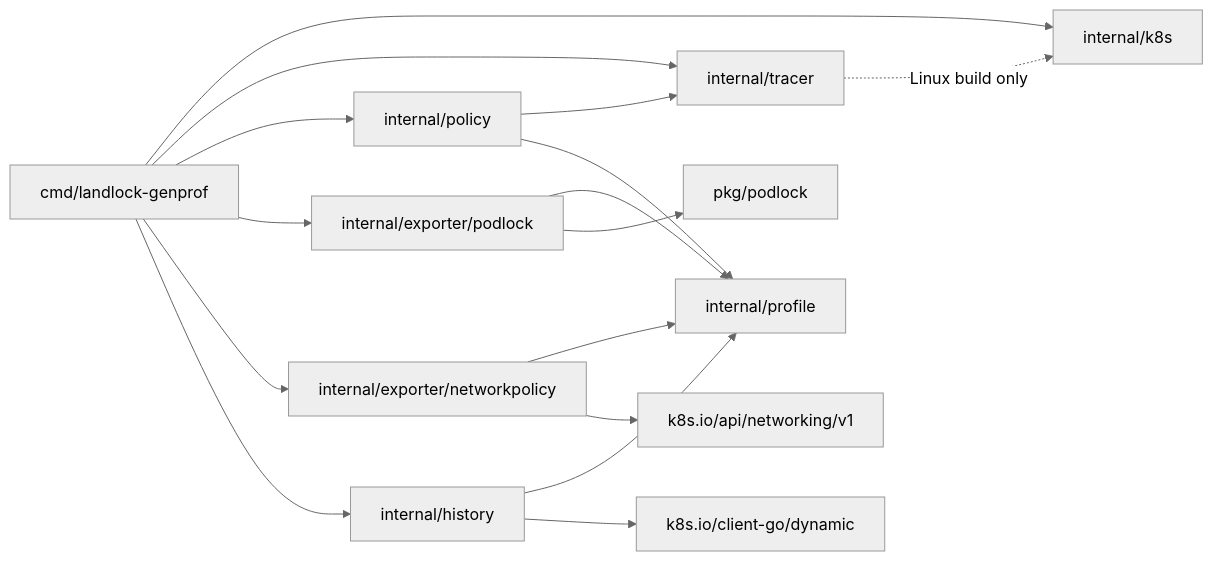
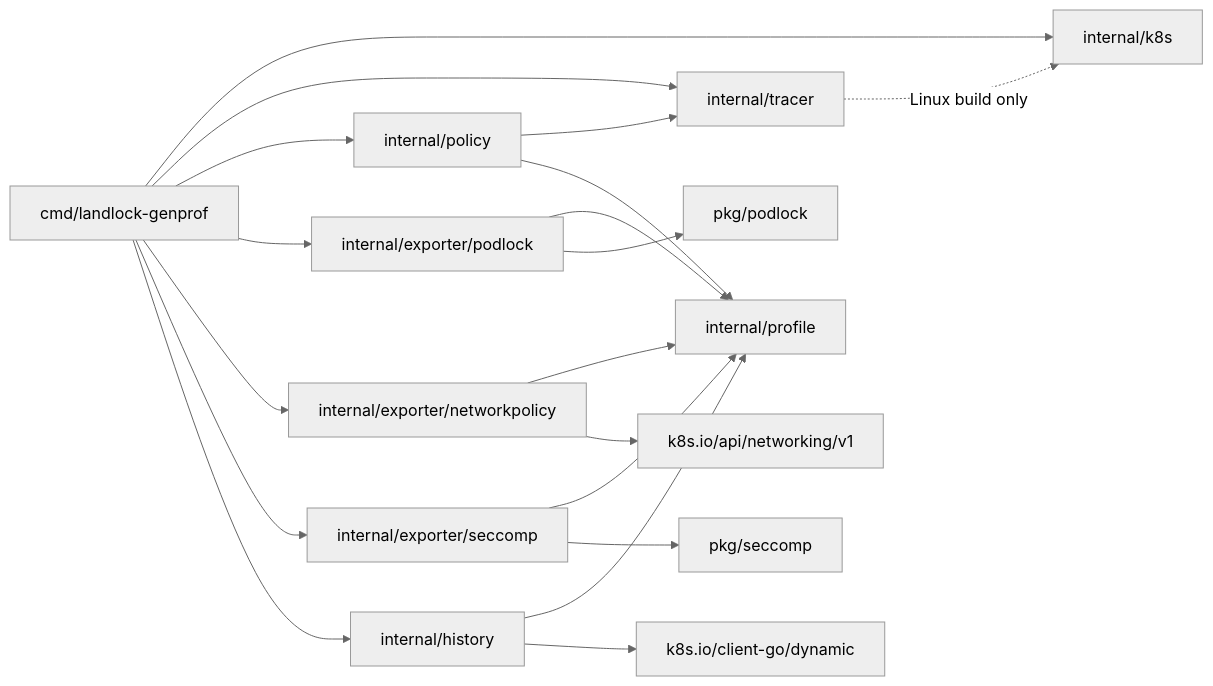
Before and after one commit to idriss-eliguene/landlock-genprof: the third of 3 diagrams in docs/architecture.md, drawn with Mermaid (neutral theme). The commit also changed other lines of this file and 20 other files, not shown here.

First line of the commit message:
feat(exporter): add the seccomp backend (advise_seccomp, --seccomp-out)

````diff
--- a/docs/architecture.md
+++ b/docs/architecture.md
@@ -189,30 +212,35 @@
 ```mermaid
 flowchart LR
     cmd["cmd/landlock-genprof"]
     k8s["internal/k8s"]
     tracer["internal/tracer"]
     policy["internal/policy"]
     ir["internal/profile"]
     exporter["internal/exporter/podlock"]
     podlock["pkg/podlock"]
     netexporter["internal/exporter/networkpolicy"]
     netpolicyapi["k8s.io/api/networking/v1"]
+    seccompexporter["internal/exporter/seccomp"]
+    seccomppkg["pkg/seccomp"]
     history["internal/history"]
     dynamicclient["k8s.io/client-go/dynamic"]
 
     cmd --> k8s
     cmd --> tracer
     cmd --> policy
     cmd --> exporter
     cmd --> netexporter
+    cmd --> seccompexporter
     cmd --> history
     policy --> tracer
     policy --> ir
     exporter --> ir
     exporter --> podlock
     netexporter --> ir
     netexporter --> netpolicyapi
+    seccompexporter --> ir
+    seccompexporter --> seccomppkg
     history --> ir
     history --> dynamicclient
     tracer -. "Linux build only" .-> k8s
 ```
````
